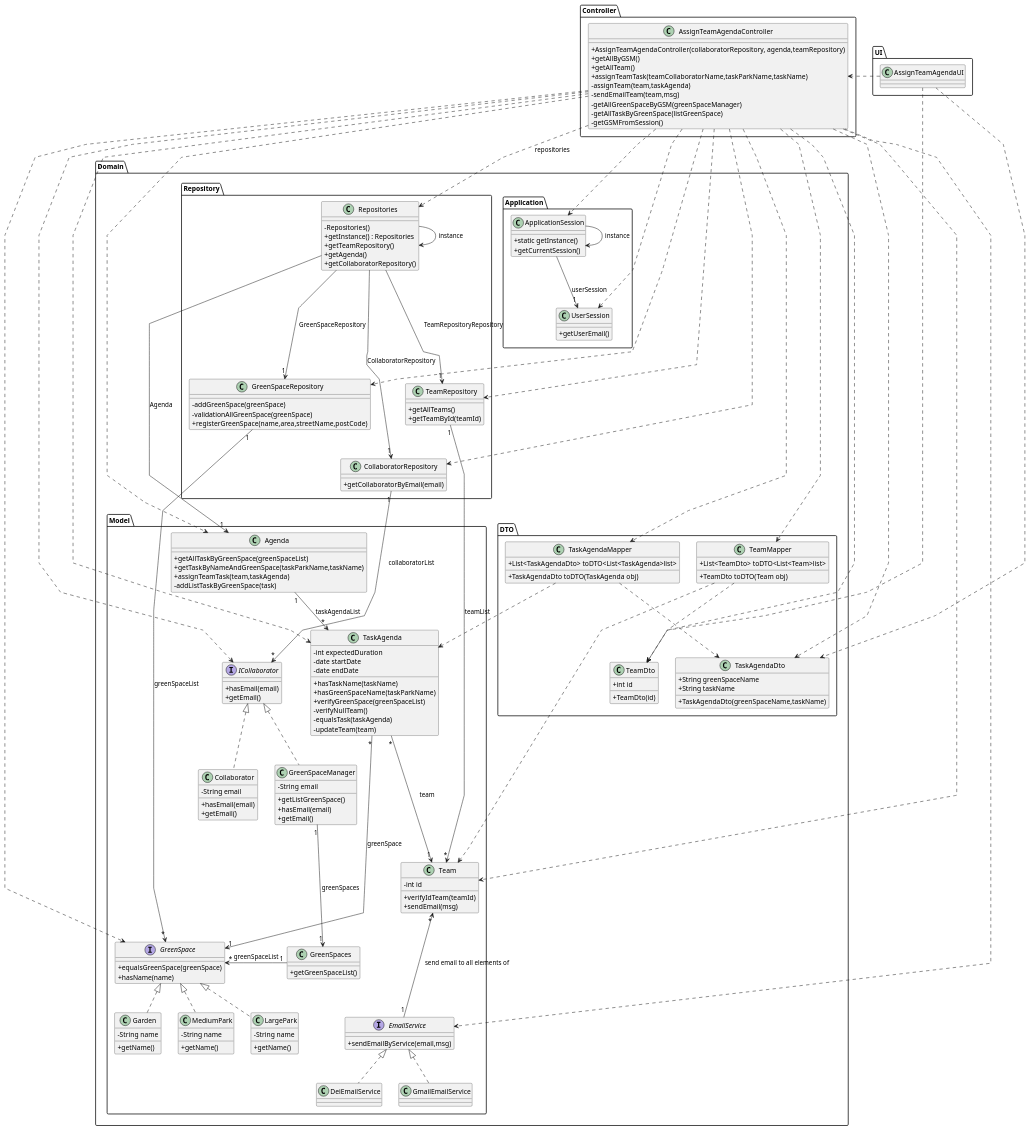
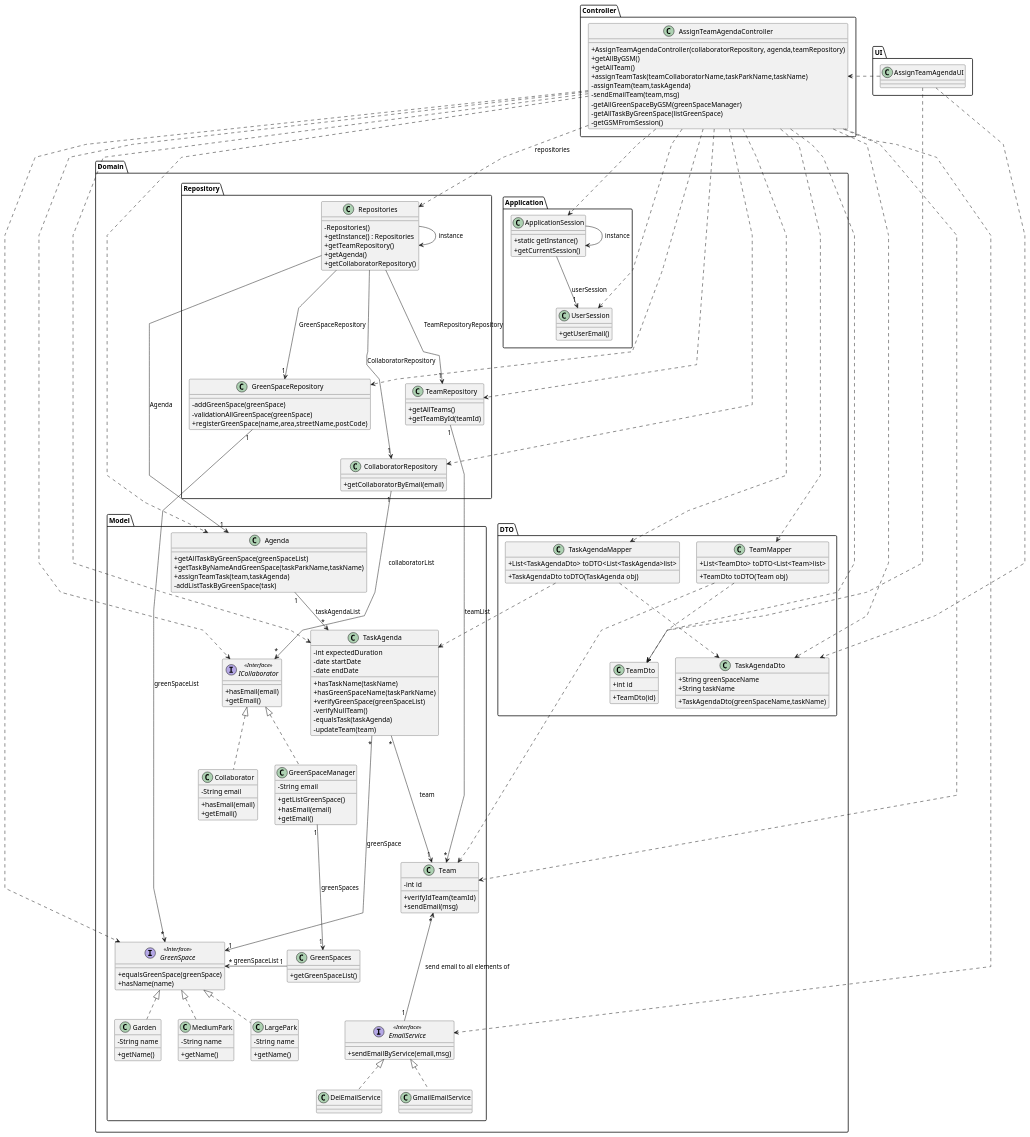
The diagram in docs/sprint3/us23/03.design/puml/us23-class-diagram.puml (Departamento-de-Engenharia-Informatica/lei-24-s2-1db-g022), drawn with PlantUML before and after one commit. The commit also changed 5 other files, not shown here.

```diff
--- a/docs/sprint3/us23/03.design/puml/us23-class-diagram.puml
+++ b/docs/sprint3/us23/03.design/puml/us23-class-diagram.puml
@@ -74,7 +74,7 @@
 
     package "Domain.Model" <<Folder>> {
 
-        interface EmailService{
+        interface EmailService <<Interface>>{
            + sendEmailByService(email,msg)
         }
 
@@ -93,7 +93,7 @@
             + sendEmail(msg)
         }
 
-        interface ICollaborator{
+        interface ICollaborator <<Interface>>{
             + hasEmail(email)
             + getEmail()
         }
@@ -113,7 +113,7 @@
             + getEmail()
         }
 
-        interface GreenSpace {
+        interface GreenSpace <<Interface>>{
             + equalsGreenSpace(greenSpace)
             + hasName(name)
         }
```
